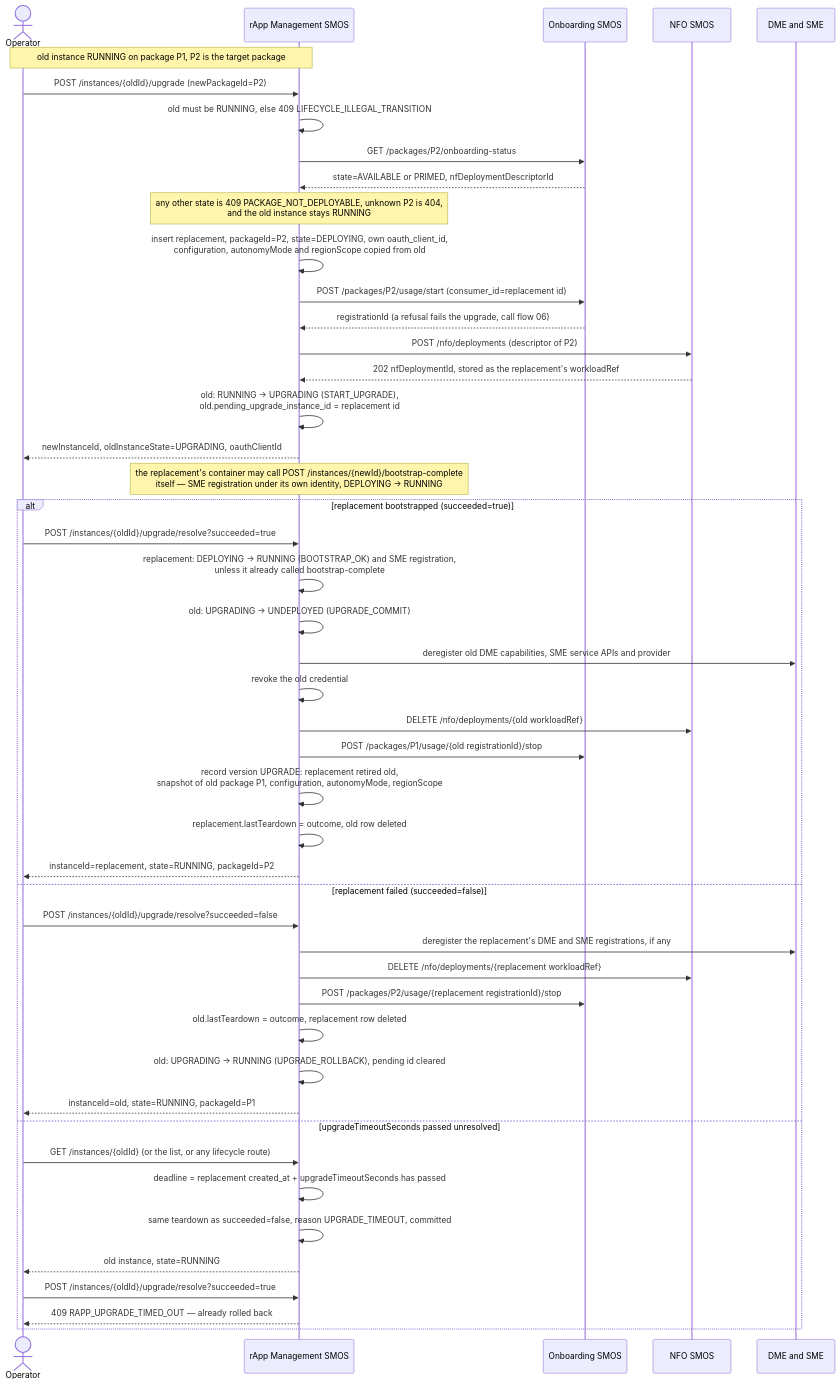
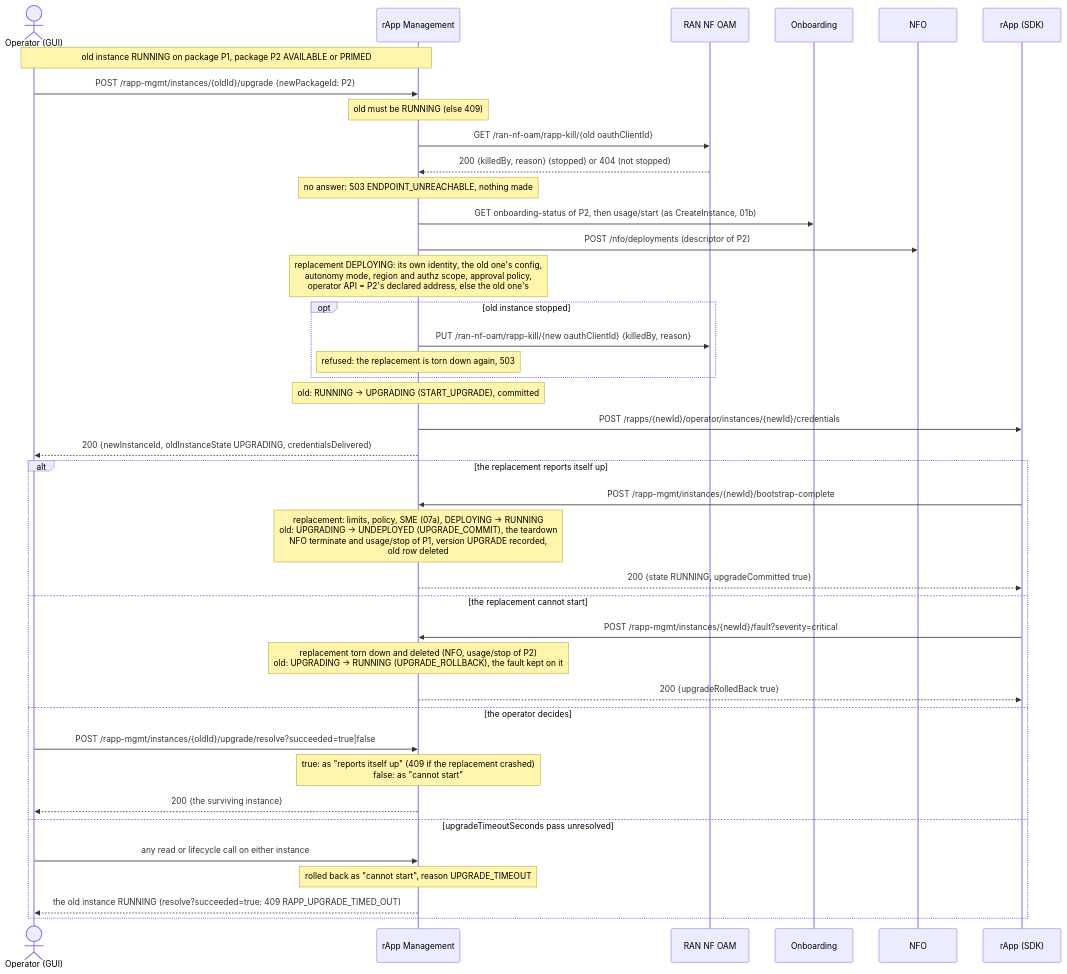
The second of 5 diagrams in smo/docs/call-flows/07-rapp-instance-lifecycle.md (rsys-bshankar/ai-ran-smo), drawn with Mermaid before and after one commit. The commit also changed other lines of this file and 24 other files, not shown here.

First line of the commit message:
Flow 07 review: a faulted or upgraded rApp stays held in check, the replacement brings itself up (DOC-CF-1.3)

````diff
--- a/smo/docs/call-flows/07-rapp-instance-lifecycle.md
+++ b/smo/docs/call-flows/07-rapp-instance-lifecycle.md
@@ -96,52 +114,44 @@
 ```mermaid
 sequenceDiagram
-    actor Operator
-    participant Rapp as rApp Management SMOS
-    participant Onb as Onboarding SMOS
-    participant NFO as NFO SMOS
-    participant Reg as DME and SME
+    actor Op as Operator (GUI)
+    participant RM as rApp Management
+    participant OAM as RAN NF OAM
+    participant Onb as Onboarding
+    participant NFO as NFO
+    participant App as rApp (SDK)
 
-    Note over Operator,Rapp: old instance RUNNING on package P1, P2 is the target package
-    Operator->>Rapp: POST /instances/{oldId}/upgrade (newPackageId=P2)
-    Rapp->>Rapp: old must be RUNNING, else 409 LIFECYCLE_ILLEGAL_TRANSITION
-    Rapp->>Onb: GET /packages/P2/onboarding-status
-    Onb-->>Rapp: state=AVAILABLE or PRIMED, nfDeploymentDescriptorId
-    Note over Rapp: any other state is 409 PACKAGE_NOT_DEPLOYABLE, unknown P2 is 404,<br/>and the old instance stays RUNNING
-    Rapp->>Rapp: insert replacement, packageId=P2, state=DEPLOYING, own oauth_client_id,<br/>configuration, autonomyMode and regionScope copied from old
-    Rapp->>Onb: POST /packages/P2/usage/start (consumer_id=replacement id)
-    Onb-->>Rapp: registrationId (a refusal fails the upgrade, call flow 06)
-    Rapp->>NFO: POST /nfo/deployments (descriptor of P2)
-    NFO-->>Rapp: 202 nfDeploymentId, stored as the replacement's workloadRef
-    Rapp->>Rapp: old: RUNNING -> UPGRADING (START_UPGRADE),<br/>old.pending_upgrade_instance_id = replacement id
-    Rapp-->>Operator: newInstanceId, oldInstanceState=UPGRADING, oauthClientId
+    Note over Op,RM: old instance RUNNING on package P1, package P2 AVAILABLE or PRIMED
+    Op->>RM: POST /rapp-mgmt/instances/{oldId}/upgrade {newPackageId: P2}
+    Note over RM: old must be RUNNING (else 409)
+    RM->>OAM: GET /ran-nf-oam/rapp-kill/{old oauthClientId}
+    OAM-->>RM: 200 {killedBy, reason} (stopped) or 404 (not stopped)
+    Note over RM: no answer: 503 ENDPOINT_UNREACHABLE, nothing made
+    RM->>Onb: GET onboarding-status of P2, then usage/start (as CreateInstance, 01b)
+    RM->>NFO: POST /nfo/deployments (descriptor of P2)
+    Note over RM: replacement DEPLOYING: its own identity, the old one's config,<br/>autonomy mode, region and authz scope, approval policy,<br/>operator API = P2's declared address, else the old one's
+    opt old instance stopped
+        RM->>OAM: PUT /ran-nf-oam/rapp-kill/{new oauthClientId} {killedBy, reason}
+        Note over RM: refused: the replacement is torn down again, 503
+    end
+    Note over RM: old: RUNNING → UPGRADING (START_UPGRADE), committed
+    RM->>App: POST /rapps/{newId}/operator/instances/{newId}/credentials
+    RM-->>Op: 200 {newInstanceId, oldInstanceState UPGRADING, credentialsDelivered}
 
-    Note over Rapp: the replacement's container may call POST /instances/{newId}/bootstrap-complete<br/>itself — SME registration under its own identity, DEPLOYING -> RUNNING
-
-    alt replacement bootstrapped (succeeded=true)
-        Operator->>Rapp: POST /instances/{oldId}/upgrade/resolve?succeeded=true
-        Rapp->>Rapp: replacement: DEPLOYING -> RUNNING (BOOTSTRAP_OK) and SME registration,<br/>unless it already called bootstrap-complete
-        Rapp->>Rapp: old: UPGRADING -> UNDEPLOYED (UPGRADE_COMMIT)
-        Rapp->>Reg: deregister old DME capabilities, SME service APIs and provider
-        Rapp->>Rapp: revoke the old credential
-        Rapp->>NFO: DELETE /nfo/deployments/{old workloadRef}
-        Rapp->>Onb: POST /packages/P1/usage/{old registrationId}/stop
-        Rapp->>Rapp: record version UPGRADE: replacement retired old,<br/>snapshot of old package P1, configuration, autonomyMode, regionScope
-        Rapp->>Rapp: replacement.lastTeardown = outcome, old row deleted
-        Rapp-->>Operator: instanceId=replacement, state=RUNNING, packageId=P2
-    else replacement failed (succeeded=false)
-        Operator->>Rapp: POST /instances/{oldId}/upgrade/resolve?succeeded=false
-        Rapp->>Reg: deregister the replacement's DME and SME registrations, if any
-        Rapp->>NFO: DELETE /nfo/deployments/{replacement workloadRef}
-        Rapp->>Onb: POST /packages/P2/usage/{replacement registrationId}/stop
-        Rapp->>Rapp: old.lastTeardown = outcome, replacement row deleted
-        Rapp->>Rapp: old: UPGRADING -> RUNNING (UPGRADE_ROLLBACK), pending id cleared
-        Rapp-->>Operator: instanceId=old, state=RUNNING, packageId=P1
-    else upgradeTimeoutSeconds passed unresolved
-        Operator->>Rapp: GET /instances/{oldId} (or the list, or any lifecycle route)
-        Rapp->>Rapp: deadline = replacement created_at + upgradeTimeoutSeconds has passed
-        Rapp->>Rapp: same teardown as succeeded=false, reason UPGRADE_TIMEOUT, committed
-        Rapp-->>Operator: old instance, state=RUNNING
-        Operator->>Rapp: POST /instances/{oldId}/upgrade/resolve?succeeded=true
-        Rapp-->>Operator: 409 RAPP_UPGRADE_TIMED_OUT — already rolled back
+    alt the replacement reports itself up
+        App->>RM: POST /rapp-mgmt/instances/{newId}/bootstrap-complete
+        Note over RM: replacement: limits, policy, SME (07a), DEPLOYING → RUNNING<br/>old: UPGRADING → UNDEPLOYED (UPGRADE_COMMIT), the teardown<br/>NFO terminate and usage/stop of P1, version UPGRADE recorded,<br/>old row deleted
+        RM-->>App: 200 {state RUNNING, upgradeCommitted true}
+    else the replacement cannot start
+        App->>RM: POST /rapp-mgmt/instances/{newId}/fault?severity=critical
+        Note over RM: replacement torn down and deleted (NFO, usage/stop of P2)<br/>old: UPGRADING → RUNNING (UPGRADE_ROLLBACK), the fault kept on it
+        RM-->>App: 200 {upgradeRolledBack true}
+    else the operator decides
+        Op->>RM: POST /rapp-mgmt/instances/{oldId}/upgrade/resolve?succeeded=true|false
+        Note over RM: true: as "reports itself up" (409 if the replacement crashed)<br/>false: as "cannot start"
+        RM-->>Op: 200 {the surviving instance}
+    else upgradeTimeoutSeconds pass unresolved
+        Op->>RM: any read or lifecycle call on either instance
+        Note over RM: rolled back as "cannot start", reason UPGRADE_TIMEOUT
+        RM-->>Op: the old instance RUNNING (resolve?succeeded=true: 409 RAPP_UPGRADE_TIMED_OUT)
     end
 ```
````
